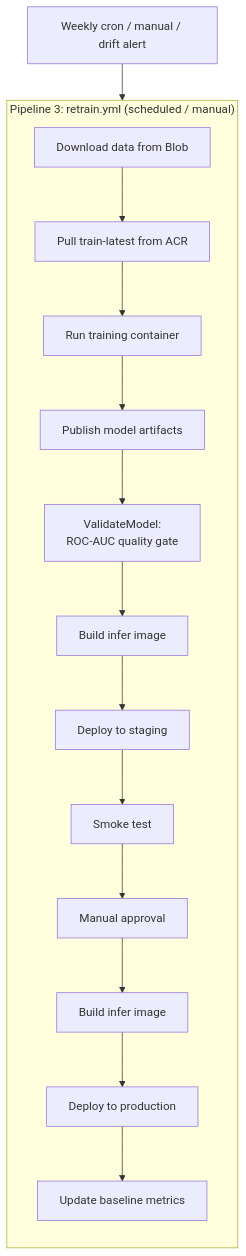
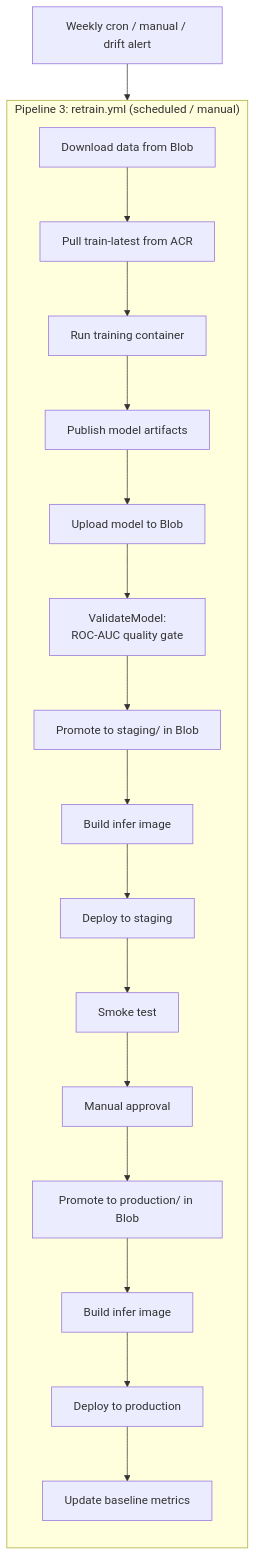
The fourth of 5 diagrams in docs/ci-cd-pipeline.md (Annemarie-Bester/marketing-model-mlops-azure), drawn with Mermaid before and after one commit. The commit also changed other lines of this file and 19 other files, not shown here.

````diff
--- a/docs/ci-cd-pipeline.md
+++ b/docs/ci-cd-pipeline.md
@@ -111,24 +123,27 @@
 ```mermaid
 flowchart TD
     subgraph P3["Pipeline 3: retrain.yml (scheduled / manual)"]
         direction TB
         RT_DATA["Download data from Blob"]
         RT_PULL["Pull train-latest from ACR"]
         RT_RUN["Run training container"]
         RT_PUB["Publish model artifacts"]
+        RT_UPLOAD["Upload model to Blob"]
         RV["ValidateModel:\nROC-AUC quality gate"]
+        RS_PROMOTE["Promote to staging/ in Blob"]
         RS_BUILD["Build infer image"]
         RS_DEPLOY["Deploy to staging"]
         RS_SMOKE["Smoke test"]
         RP_APPROVE["Manual approval"]
+        RP_PROMOTE["Promote to production/ in Blob"]
         RP_BUILD["Build infer image"]
         RP_DEPLOY["Deploy to production"]
         RP_METRICS["Update baseline metrics"]
 
-        RT_DATA --> RT_PULL --> RT_RUN --> RT_PUB --> RV
-        RV --> RS_BUILD --> RS_DEPLOY --> RS_SMOKE
-        RS_SMOKE --> RP_APPROVE --> RP_BUILD --> RP_DEPLOY --> RP_METRICS
+        RT_DATA --> RT_PULL --> RT_RUN --> RT_PUB --> RT_UPLOAD --> RV
+        RV --> RS_PROMOTE --> RS_BUILD --> RS_DEPLOY --> RS_SMOKE
+        RS_SMOKE --> RP_APPROVE --> RP_PROMOTE --> RP_BUILD --> RP_DEPLOY --> RP_METRICS
     end
 
     SCHED["Weekly cron / manual / drift alert"] --> P3
 ```
````
